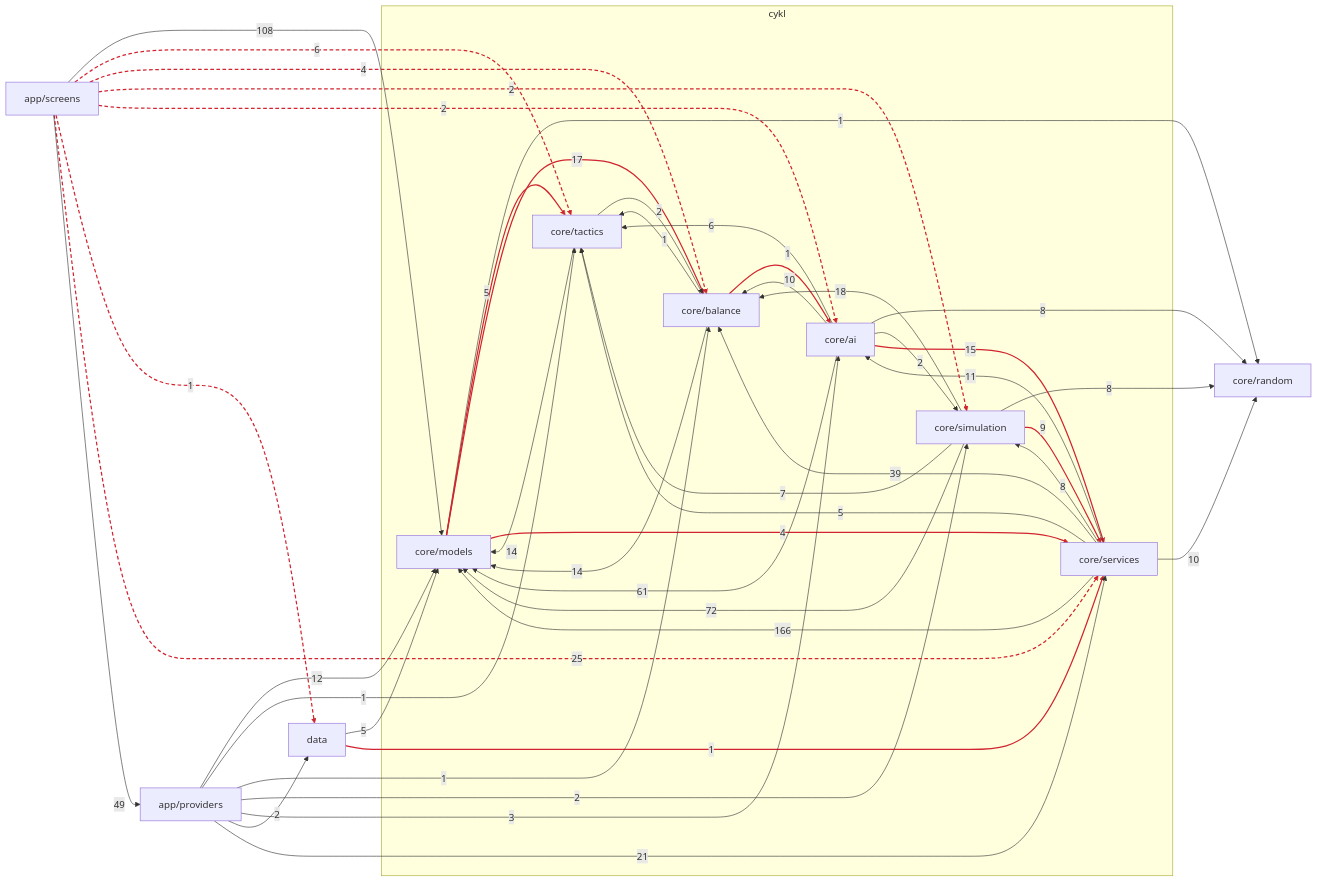
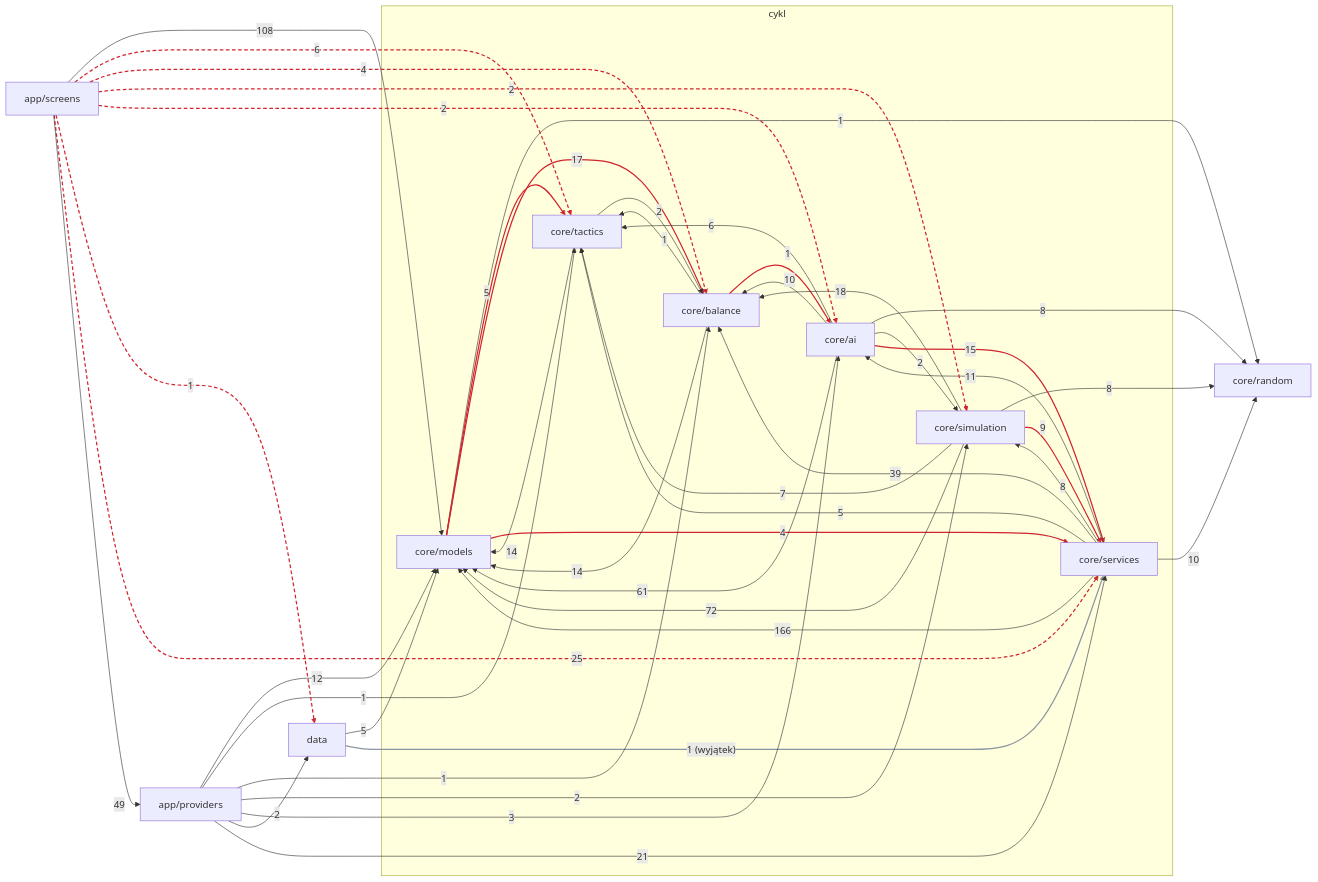
The first of 2 diagrams in docs/architecture/README.md (Adam2O5/New-football), drawn with Mermaid before and after one commit. The commit also changed other lines of this file and 4 other files, not shown here.

````diff
--- a/docs/architecture/README.md
+++ b/docs/architecture/README.md
@@ -105,60 +53,61 @@
 ```mermaid
 flowchart LR
     subgraph cycle_1 ["cykl"]
         pkg_core_models["core/models"]
         pkg_core_tactics["core/tactics"]
         pkg_core_balance["core/balance"]
         pkg_core_simulation["core/simulation"]
         pkg_core_ai["core/ai"]
         pkg_core_services["core/services"]
     end
     pkg_core_random["core/random"]
     pkg_data["data"]
     pkg_app_providers["app/providers"]
     pkg_app_screens["app/screens"]
     pkg_core_models -->|"1"| pkg_core_random
     pkg_core_models -->|"5"| pkg_core_tactics
     pkg_core_models -->|"17"| pkg_core_balance
     pkg_core_models -->|"4"| pkg_core_services
     pkg_core_tactics -->|"14"| pkg_core_models
     pkg_core_tactics -->|"2"| pkg_core_balance
     pkg_core_balance -->|"14"| pkg_core_models
     pkg_core_balance -->|"1"| pkg_core_tactics
     pkg_core_balance -->|"1"| pkg_core_ai
     pkg_core_simulation -->|"72"| pkg_core_models
     pkg_core_simulation -->|"8"| pkg_core_random
     pkg_core_simulation -->|"7"| pkg_core_tactics
     pkg_core_simulation -->|"18"| pkg_core_balance
     pkg_core_simulation -->|"9"| pkg_core_services
     pkg_core_ai -->|"61"| pkg_core_models
     pkg_core_ai -->|"8"| pkg_core_random
     pkg_core_ai -->|"6"| pkg_core_tactics
     pkg_core_ai -->|"10"| pkg_core_balance
     pkg_core_ai -->|"2"| pkg_core_simulation
     pkg_core_ai -->|"15"| pkg_core_services
     pkg_data -->|"5"| pkg_core_models
-    pkg_data -->|"1"| pkg_core_services
+    pkg_data -->|"1 (wyjątek)"| pkg_core_services
     pkg_core_services -->|"166"| pkg_core_models
     pkg_core_services -->|"10"| pkg_core_random
     pkg_core_services -->|"5"| pkg_core_tactics
     pkg_core_services -->|"39"| pkg_core_balance
     pkg_core_services -->|"8"| pkg_core_simulation
     pkg_core_services -->|"11"| pkg_core_ai
     pkg_app_providers -->|"12"| pkg_core_models
     pkg_app_providers -->|"1"| pkg_core_tactics
     pkg_app_providers -->|"1"| pkg_core_balance
     pkg_app_providers -->|"2"| pkg_core_simulation
     pkg_app_providers -->|"3"| pkg_core_ai
     pkg_app_providers -->|"2"| pkg_data
     pkg_app_providers -->|"21"| pkg_core_services
     pkg_app_screens -->|"108"| pkg_core_models
     pkg_app_screens -->|"6"| pkg_core_tactics
     pkg_app_screens -->|"4"| pkg_core_balance
     pkg_app_screens -->|"2"| pkg_core_simulation
     pkg_app_screens -->|"2"| pkg_core_ai
     pkg_app_screens -->|"1"| pkg_data
     pkg_app_screens -->|"25"| pkg_core_services
     pkg_app_screens -->|"49"| pkg_app_providers
-    linkStyle 1,2,3,8,13,19,21 stroke:#d1242f,stroke-width:2px
+    linkStyle 1,2,3,8,13,19 stroke:#d1242f,stroke-width:2px
     linkStyle 36,37,38,39,40,41 stroke:#d1242f,stroke-width:2px,stroke-dasharray:6 4
+    linkStyle 21 stroke:#8c959f,stroke-width:2px
 ```
````
